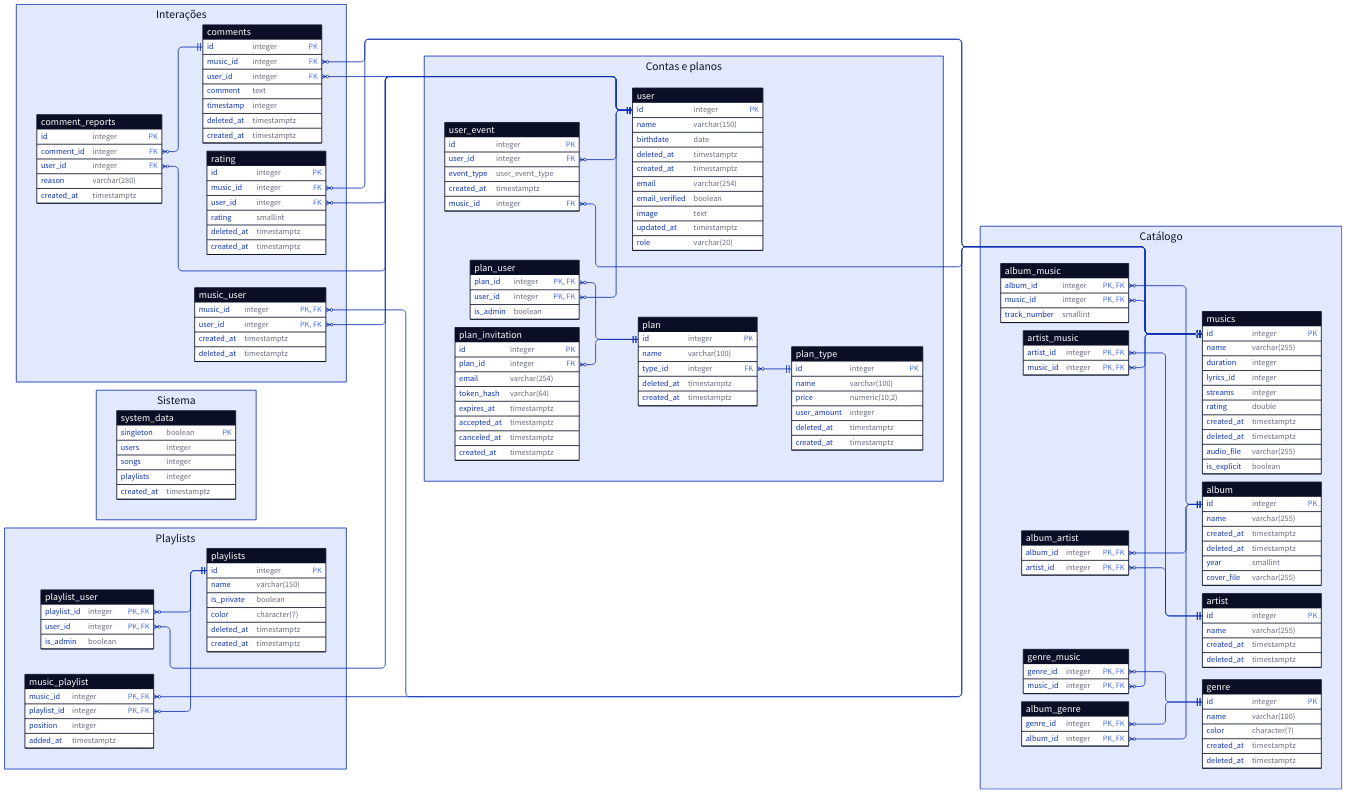
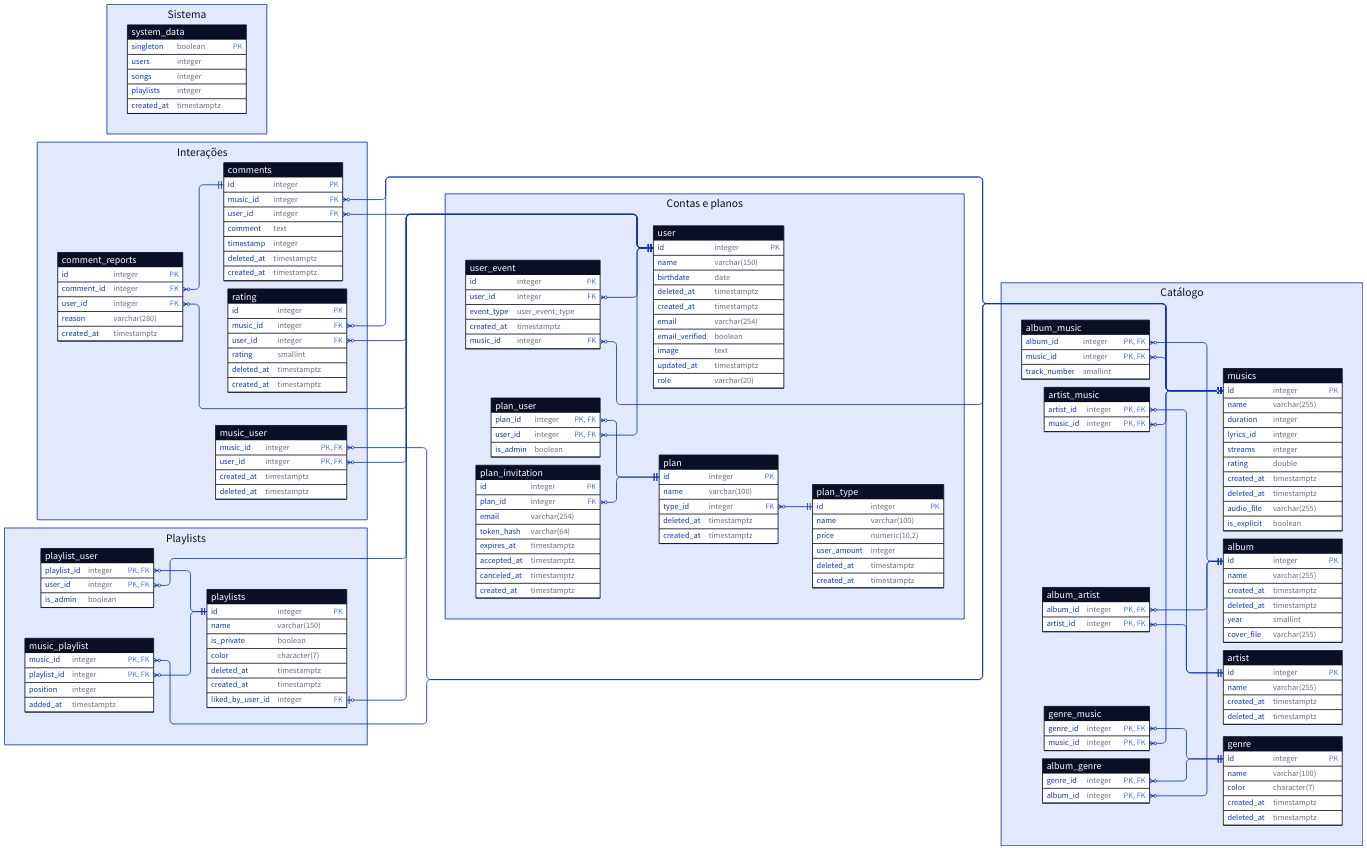
One commit to Warphn/Zovic changed the diagram in docs/assets/modelo-er-gerado.d2. Above: the diagram before and after it, drawn with D2. The commit also changed 1 other file, not shown here.

Commit message:
chore(db): atualiza diagrama ER gerado

```diff
--- a/docs/assets/modelo-er-gerado.d2
+++ b/docs/assets/modelo-er-gerado.d2
@@ -134,6 +134,7 @@
     color: "character(7)"
     deleted_at: "timestamptz"
     created_at: "timestamptz"
+    liked_by_user_id: "integer" {constraint: [foreign_key]}
   }
   playlist_user: {
     shape: sql_table
@@ -294,6 +295,10 @@
   source-arrowhead.shape: cf-many
   target-arrowhead.shape: cf-one-required
 }
+playlists.playlists.liked_by_user_id <-> contas.user.id: {
+  source-arrowhead.shape: cf-one
+  target-arrowhead.shape: cf-one
+}
 interacoes.rating.music_id <-> catalogo.musics.id: {
   source-arrowhead.shape: cf-many
   target-arrowhead.shape: cf-one-required
```
